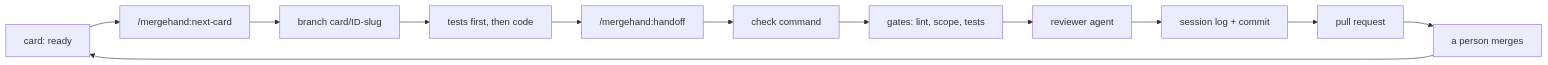
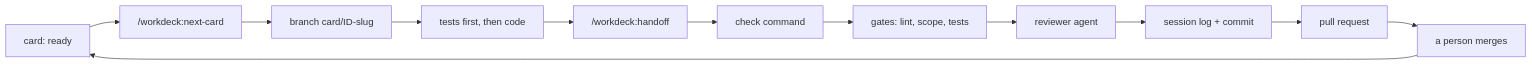
Before and after one commit to AshwinSathian/mergehand: the diagram in README.md, drawn with Mermaid. The commit also changed other lines of this file and 66 other files, not shown here.

````diff
--- a/README.md
+++ b/README.md
@@ -103,14 +103,14 @@
 ```mermaid
 flowchart LR
-  A[card: ready] --> B["/mergehand:next-card"]
+  A[card: ready] --> B["/workdeck:next-card"]
   B --> C[branch card/ID-slug]
   C --> D[tests first, then code]
-  D --> E["/mergehand:handoff"]
+  D --> E["/workdeck:handoff"]
   E --> F[check command]
   F --> G[gates: lint, scope, tests]
   G --> H[reviewer agent]
   H --> I[session log + commit]
   I --> J[pull request]
   J --> K[a person merges]
   K --> A
 ```
````
